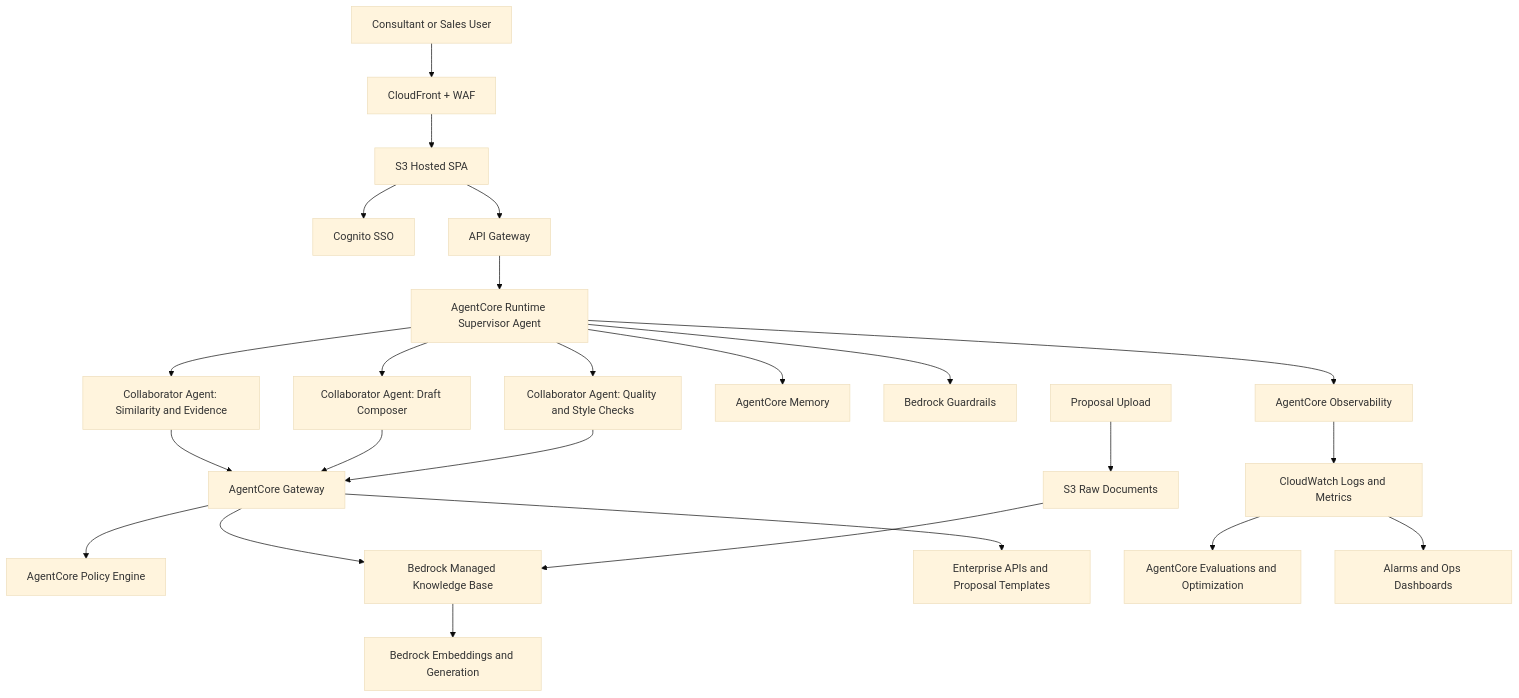
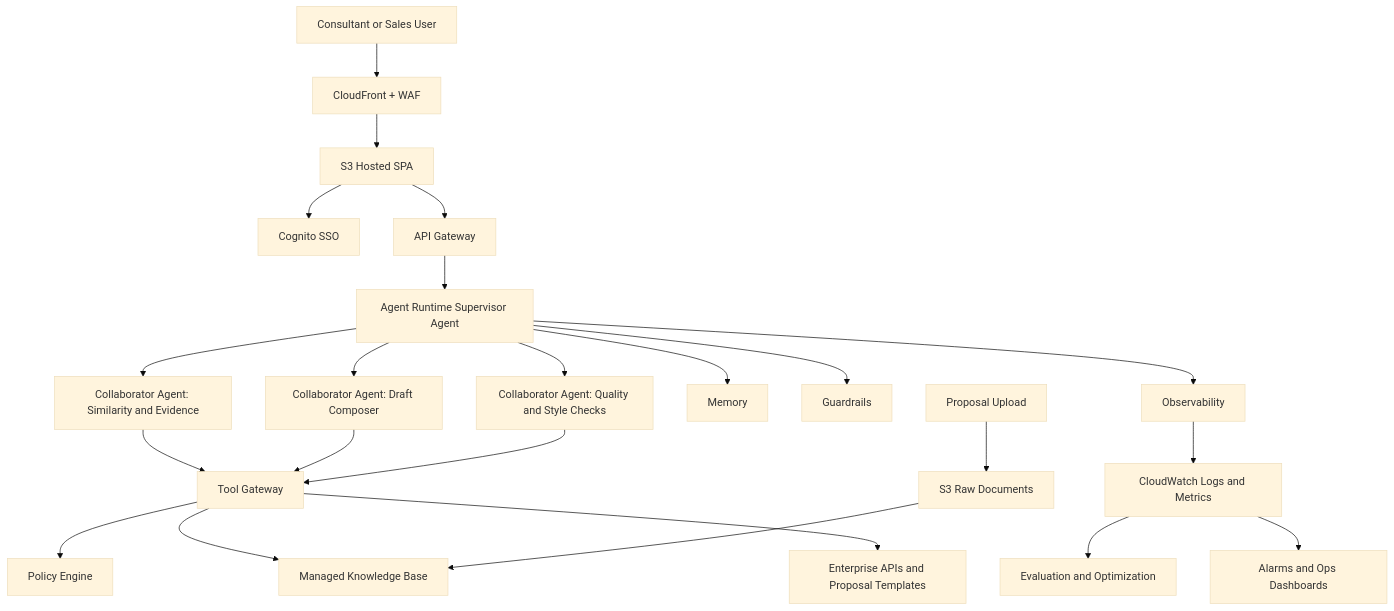
One commit to matt-penfield/bench_press_proposal changed the diagram in docs/architecture/system-architecture.md. Above: the diagram before and after it, drawn with Mermaid (base theme). The commit also changed other lines of this file and 2 other files, not shown here.

Commit message:
docs: streamline system architecture and organize diagram assets

````diff
--- a/docs/architecture/system-architecture.md
+++ b/docs/architecture/system-architecture.md
@@ -103,33 +83,31 @@
 ```mermaid
 flowchart TD
   U[Consultant or Sales User] --> C[CloudFront + WAF]
   C --> FE[S3 Hosted SPA]
   FE --> AUTH[Cognito SSO]
   FE --> APIGW[API Gateway]
 
-  APIGW --> AGENT[AgentCore Runtime Supervisor Agent]
+  APIGW --> AGENT[Agent Runtime Supervisor Agent]
   AGENT --> COLLAB1[Collaborator Agent: Similarity and Evidence]
   AGENT --> COLLAB2[Collaborator Agent: Draft Composer]
   AGENT --> COLLAB3[Collaborator Agent: Quality and Style Checks]
 
-  COLLAB1 --> GW[AgentCore Gateway]
+  COLLAB1 --> GW[Tool Gateway]
   COLLAB2 --> GW
   COLLAB3 --> GW
 
-  GW --> POL[AgentCore Policy Engine]
-  GW --> KB[Bedrock Managed Knowledge Base]
+  GW --> POL[Policy Engine]
+  GW --> KB[Managed Knowledge Base]
   GW --> TOOLS[Enterprise APIs and Proposal Templates]
 
-  AGENT --> MEM[AgentCore Memory]
-  AGENT --> GR[Bedrock Guardrails]
-  AGENT --> OBS[AgentCore Observability]
+  AGENT --> MEM[Memory]
+  AGENT --> GR[Guardrails]
+  AGENT --> OBS[Observability]
 
   SUBMIT[Proposal Upload] --> S3RAW[S3 Raw Documents]
   S3RAW --> KB
 
-  KB --> BR[Bedrock Embeddings and Generation]
-
   OBS --> CW[CloudWatch Logs and Metrics]
-  CW --> EVAL[AgentCore Evaluations and Optimization]
+  CW --> EVAL[Evaluation and Optimization]
   CW --> OPS[Alarms and Ops Dashboards]
 ```
````
